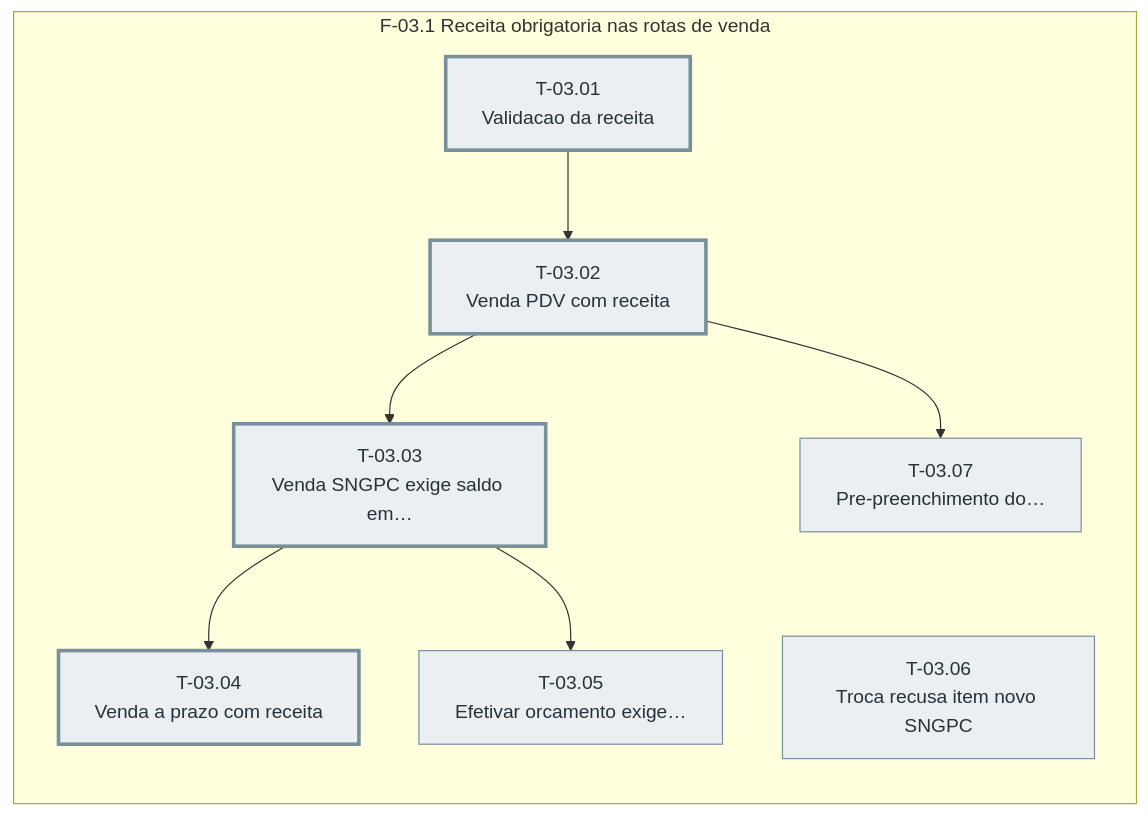
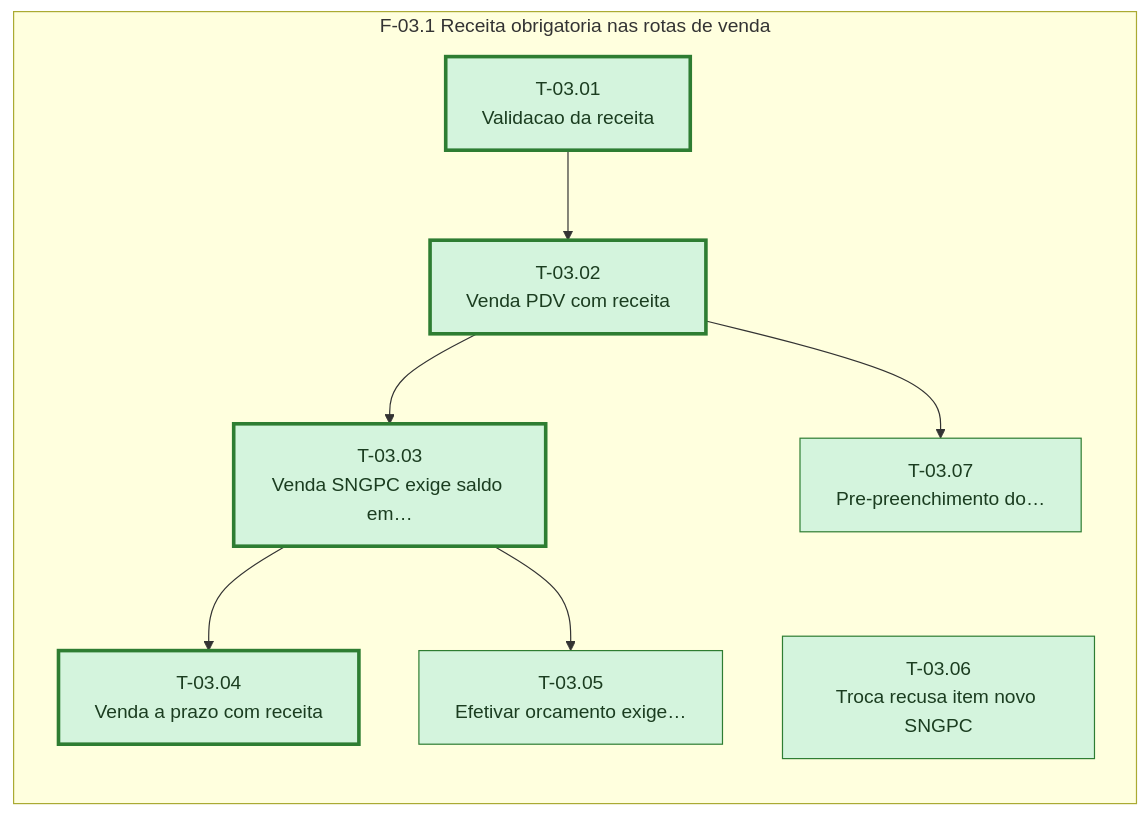
The diagram in docs/sprintx/features/farmacia-controlados/sprint-03/tasks.md (jonathasGodinho/jgsistemas-PDV), drawn with Mermaid before and after one commit. The commit also changed other lines of this file and 14 other files, not shown here.

````diff
--- a/docs/sprintx/features/farmacia-controlados/sprint-03/tasks.md
+++ b/docs/sprintx/features/farmacia-controlados/sprint-03/tasks.md
@@ -163,31 +163,31 @@
 ```mermaid
 %% Grafo de tasks — sprint-03 — gerado pela sprintx a partir deste arquivo
 flowchart LR
   subgraph fase_03_1["F-03.1 Receita obrigatoria nas rotas de venda"]
     T_03_01["T-03.01<br/>Validacao da receita"]
     T_03_02["T-03.02<br/>Venda PDV com receita"]
     T_03_03["T-03.03<br/>Venda SNGPC exige saldo em…"]
     T_03_04["T-03.04<br/>Venda a prazo com receita"]
     T_03_05["T-03.05<br/>Efetivar orcamento exige…"]
     T_03_06["T-03.06<br/>Troca recusa item novo SNGPC"]
     T_03_07["T-03.07<br/>Pre-preenchimento do…"]
   end
   T_03_01 --> T_03_02
   T_03_02 --> T_03_03
   T_03_03 --> T_03_04
   T_03_03 --> T_03_05
   T_03_02 --> T_03_07
   classDef concluida fill:#d4f4dd,stroke:#2e7d32,color:#1b3d20
   classDef andamento fill:#fff3cd,stroke:#b8860b,color:#4a3800
   classDef bloqueada fill:#f8d7da,stroke:#c62828,color:#4a1d1f
   classDef pendente  fill:#eceff1,stroke:#78909c,color:#263238
   classDef critico   stroke-width:3px
-  class T_03_01 pendente
-  class T_03_02 pendente
-  class T_03_03 pendente
-  class T_03_04 pendente
-  class T_03_05 pendente
-  class T_03_06 pendente
-  class T_03_07 pendente
+  class T_03_01 concluida
+  class T_03_02 concluida
+  class T_03_03 concluida
+  class T_03_04 concluida
+  class T_03_05 concluida
+  class T_03_06 concluida
+  class T_03_07 concluida
   class T_03_01,T_03_02,T_03_03,T_03_04 critico
 ```
````
